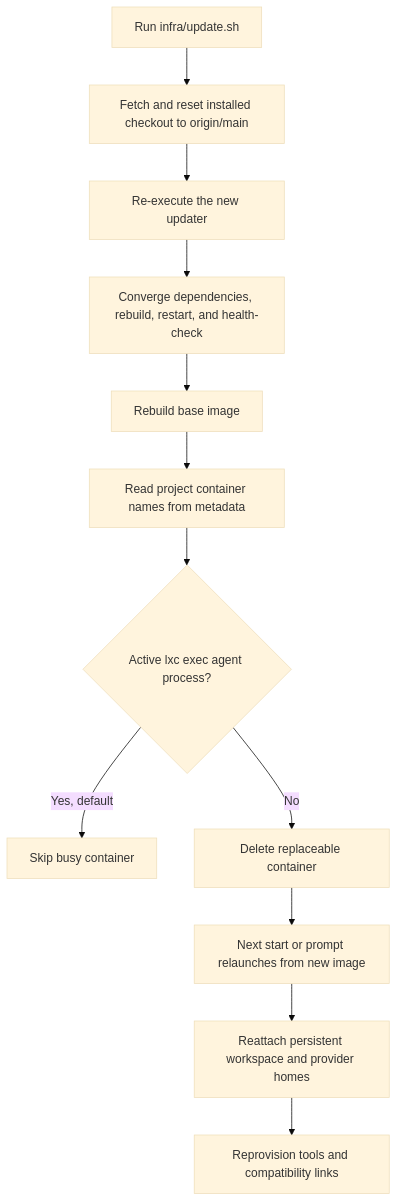
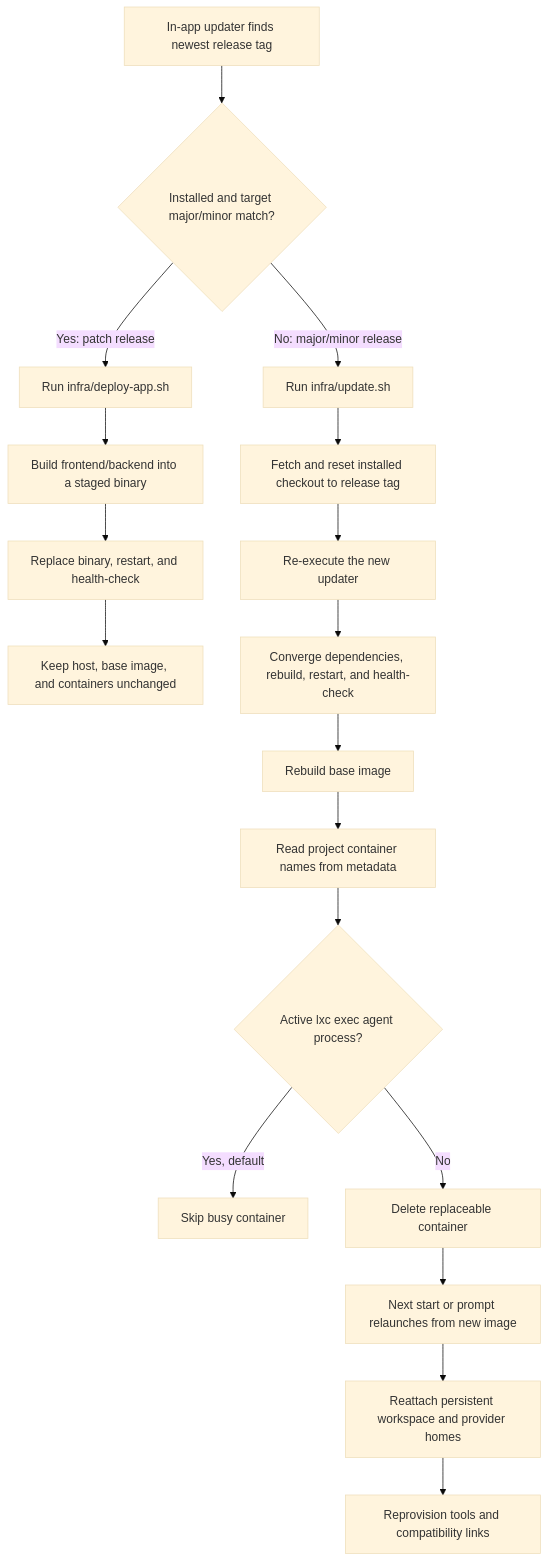
One commit to AbdallahMohamedDotnet/remote.futrx changed the fifth of 6 diagrams in docs/04-operations/09-deployment-and-operations.md. Above: the diagram before and after it, drawn with Mermaid (base theme). The commit also changed other lines of this file and 23 other files, not shown here.

Commit message:
feat: Only deploy infra on major updates, and deploy application binaries for minor versions and patches

````diff
--- a/docs/04-operations/09-deployment-and-operations.md
+++ b/docs/04-operations/09-deployment-and-operations.md
@@ -93,14 +93,20 @@
 ```mermaid
 flowchart TD
-    Update["Run infra/update.sh"] --> Pull["Fetch and reset installed checkout to origin/main"]
+    Check["In-app updater finds newest release tag"] --> Line{"Installed and target major/minor match?"}
+    Line -->|"Yes: patch release"| App["Run infra/deploy-app.sh"]
+    App --> AppBuild["Build frontend/backend into a staged binary"]
+    AppBuild --> AppRestart["Replace binary, restart, and health-check"]
+    AppRestart --> AppDone["Keep host, base image, and containers unchanged"]
+    Line -->|"No: major/minor release"| Update["Run infra/update.sh"]
+    Update --> Pull["Fetch and reset installed checkout to release tag"]
     Pull --> Reexec["Re-execute the new updater"]
     Reexec --> Install["Converge dependencies, rebuild, restart, and health-check"]
     Install --> Rebuild["Rebuild base image"]
     Rebuild --> Scan["Read project container names from metadata"]
     Scan --> Busy{"Active lxc exec agent process?"}
     Busy -->|"Yes, default"| Skip["Skip busy container"]
     Busy -->|"No"| Delete["Delete replaceable container"]
     Delete --> Relaunch["Next start or prompt relaunches from new image"]
     Relaunch --> Mount["Reattach persistent workspace and provider homes"]
     Mount --> Provision["Reprovision tools and compatibility links"]
 ```
````
